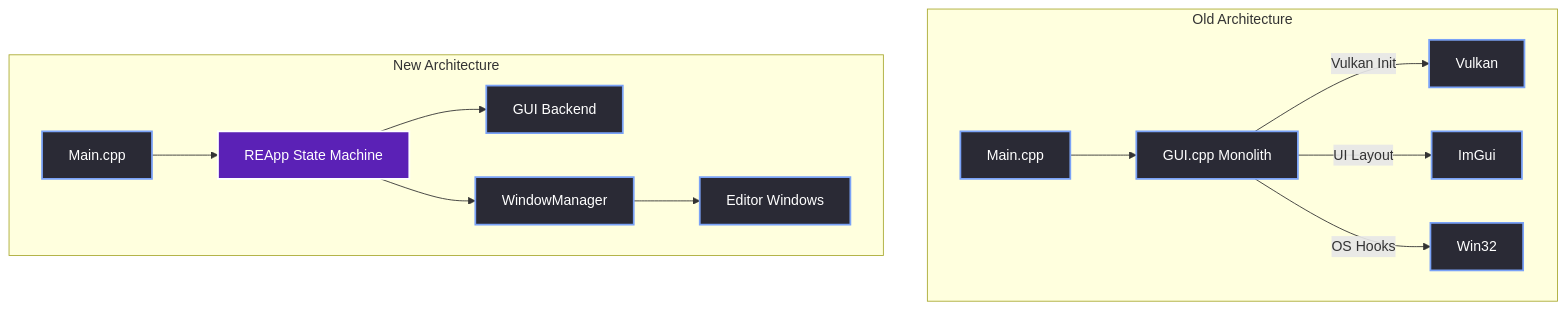
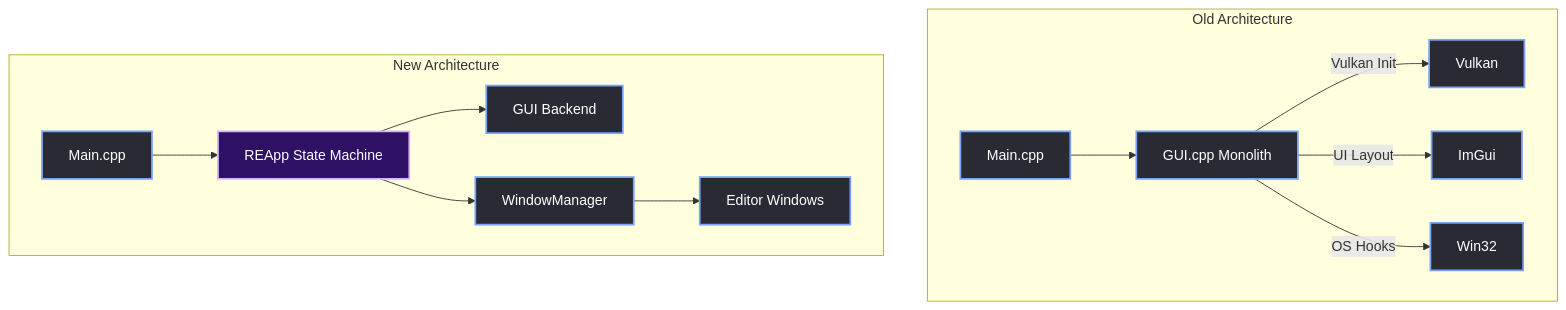
One commit to Astin-A/the-workshop changed the first of 2 diagrams in content/Engine shit/Experience documentation/Dear ImGui Editor Architecture/01 - Getting Started/01.01 Introduction.md. Above: the diagram before and after it, drawn with Mermaid. The commit also changed other lines of this file and 24 other files, not shown here.

````diff
--- a/content/Engine shit/Experience documentation/Dear ImGui Editor Architecture/01 - Getting Started/01.01 Introduction.md
+++ b/content/Engine shit/Experience documentation/Dear ImGui Editor Architecture/01 - Getting Started/01.01 Introduction.md
@@ -26,20 +27,20 @@
 ```mermaid
 graph TD
     subgraph Old Architecture
         A1[Main.cpp] --> B1[GUI.cpp Monolith]
         B1 -->|Vulkan Init| C1[Vulkan]
         B1 -->|UI Layout| D1[ImGui]
         B1 -->|OS Hooks| E1[Win32]
     end
     
     subgraph New Architecture
         A2[Main.cpp] --> B2[REApp State Machine]
         B2 --> C2[GUI Backend]
         B2 --> D2[WindowManager]
         D2 --> E2[Editor Windows]
     end
     
     classDef default fill:#2a2a35,stroke:#7aa2f7,stroke-width:2px,color:#ffffff;
-    classDef highlight fill:#5b21b6,stroke:#ffffff,stroke-width:2px,color:#ffffff;
+    classDef highlight fill:#2e1065,stroke:#d8b4fe,stroke-width:2px,color:#ffffff;
     class B2 highlight;
 ```
````
